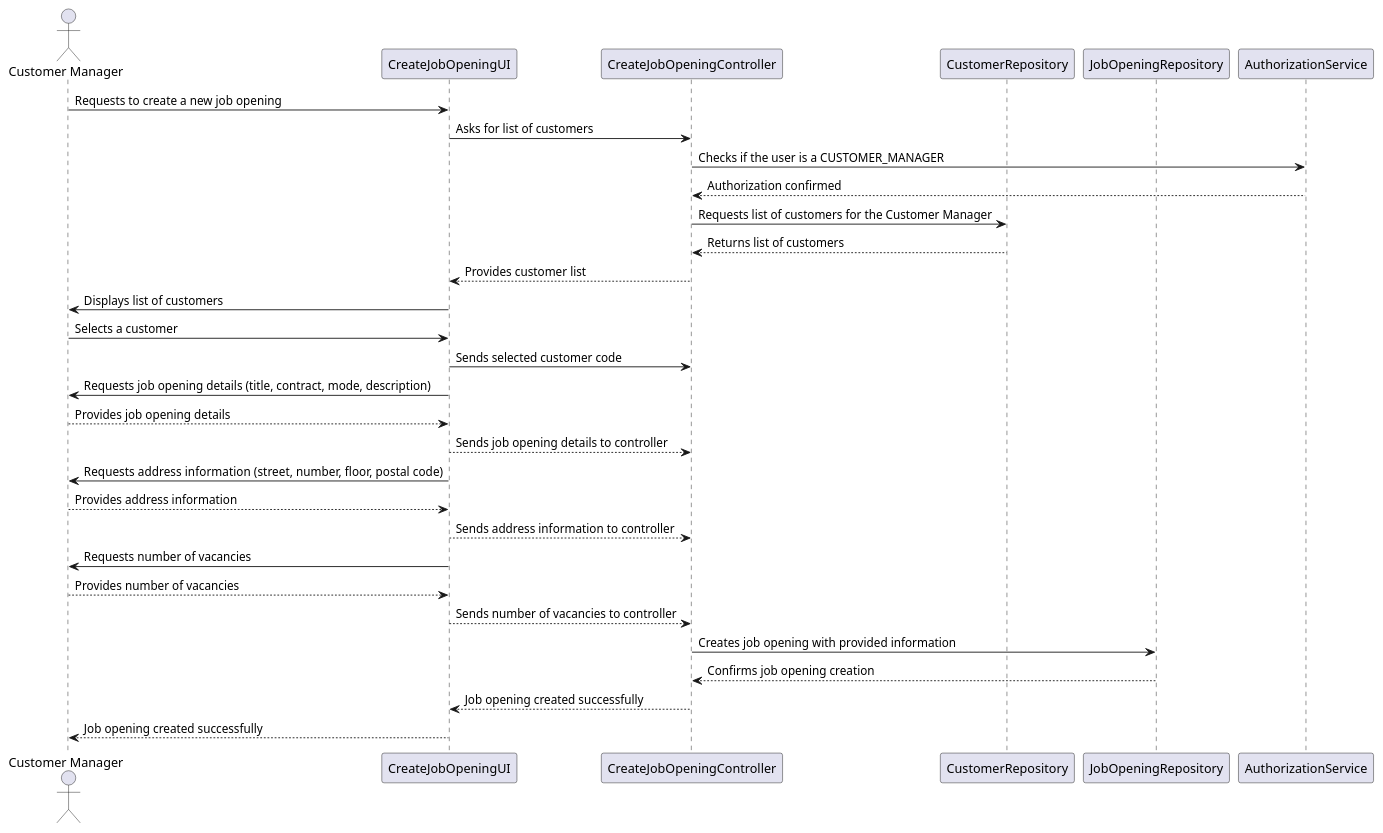
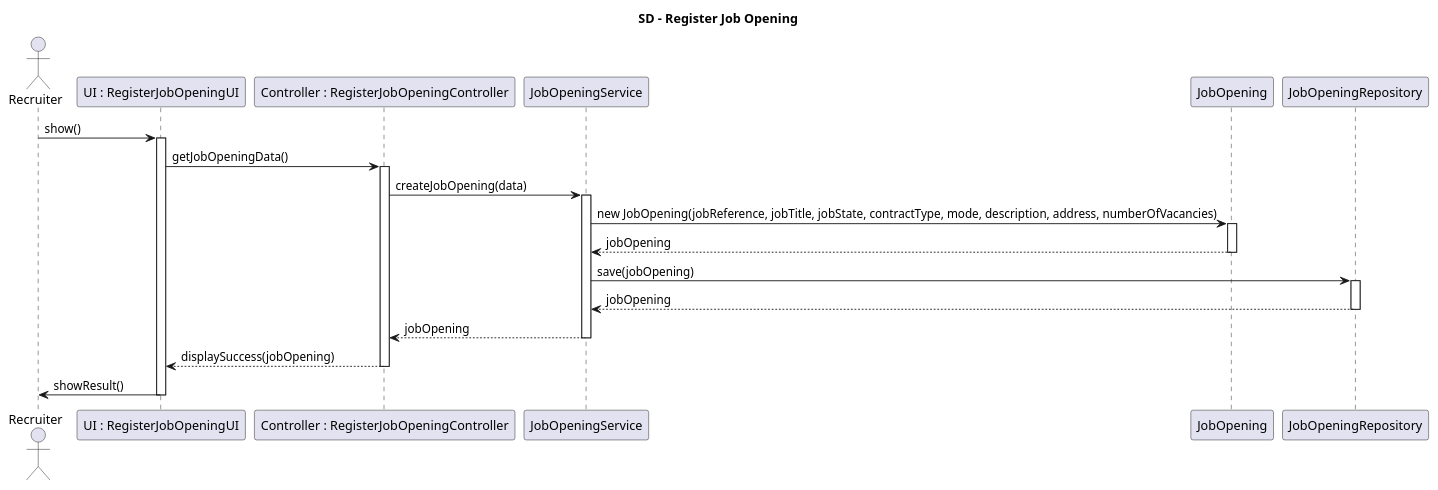
One commit to Mendoncaa/LAPR4 changed the diagram in docs/sprintB/US1002/03.design/puml/SD_RegisterJobOpening.puml. Above: the diagram before and after it, drawn with PlantUML. The commit also changed 1 other file, not shown here.

```diff
--- a/docs/sprintB/US1002/03.design/puml/SD_RegisterJobOpening.puml
+++ b/docs/sprintB/US1002/03.design/puml/SD_RegisterJobOpening.puml
@@ -1,39 +1,41 @@
 @startuml
 
-actor "Customer Manager" as CM
-participant "CreateJobOpeningUI" as UI
-participant "CreateJobOpeningController" as CC
-participant "CustomerRepository" as CR
-participant "JobOpeningRepository" as JOR
-participant "AuthorizationService" as Authz
+title SD - Register Job Opening
 
-CM -> UI: Requests to create a new job opening
-UI -> CC: Asks for list of customers
-CC -> Authz: Checks if the user is a CUSTOMER_MANAGER
-Authz --> CC: Authorization confirmed
-CC -> CR: Requests list of customers for the Customer Manager
-CR --> CC: Returns list of customers
-CC --> UI: Provides customer list
+actor Recruiter
+participant "UI : RegisterJobOpeningUI" as UI
+participant "Controller : RegisterJobOpeningController" as controller
+participant "JobOpeningService" as jobService
+participant "JobOpening" as jobOpening
+participant "JobOpeningRepository" as jobRepo
 
-UI -> CM: Displays list of customers
-CM -> UI: Selects a customer
-UI -> CC: Sends selected customer code
+Recruiter -> UI : show()
+activate UI
 
-UI -> CM: Requests job opening details (title, contract, mode, description)
-CM --> UI: Provides job opening details
-UI --> CC: Sends job opening details to controller
+UI -> controller : getJobOpeningData()
+activate controller
 
-UI -> CM: Requests address information (street, number, floor, postal code)
-CM --> UI: Provides address information
-UI --> CC: Sends address information to controller
+controller -> jobService : createJobOpening(data)
+activate jobService
 
-UI -> CM: Requests number of vacancies
-CM --> UI: Provides number of vacancies
-UI --> CC: Sends number of vacancies to controller
+jobService -> jobOpening : new JobOpening(jobReference, jobTitle, jobState, contractType, mode, description, address, numberOfVacancies)
+activate jobOpening
+jobOpening --> jobService : jobOpening
+deactivate jobOpening
 
-CC -> JOR: Creates job opening with provided information
-JOR --> CC: Confirms job opening creation
+jobService -> jobRepo : save(jobOpening)
+activate jobRepo
+jobRepo --> jobService : jobOpening
+deactivate jobRepo
 
-CC --> UI: Job opening created successfully
-UI --> CM: Job opening created successfully
+jobService --> controller : jobOpening
+deactivate jobService
+
+controller --> UI : displaySuccess(jobOpening)
+deactivate controller
+
+UI -> Recruiter : showResult()
+
+deactivate UI
+
 @enduml
```
